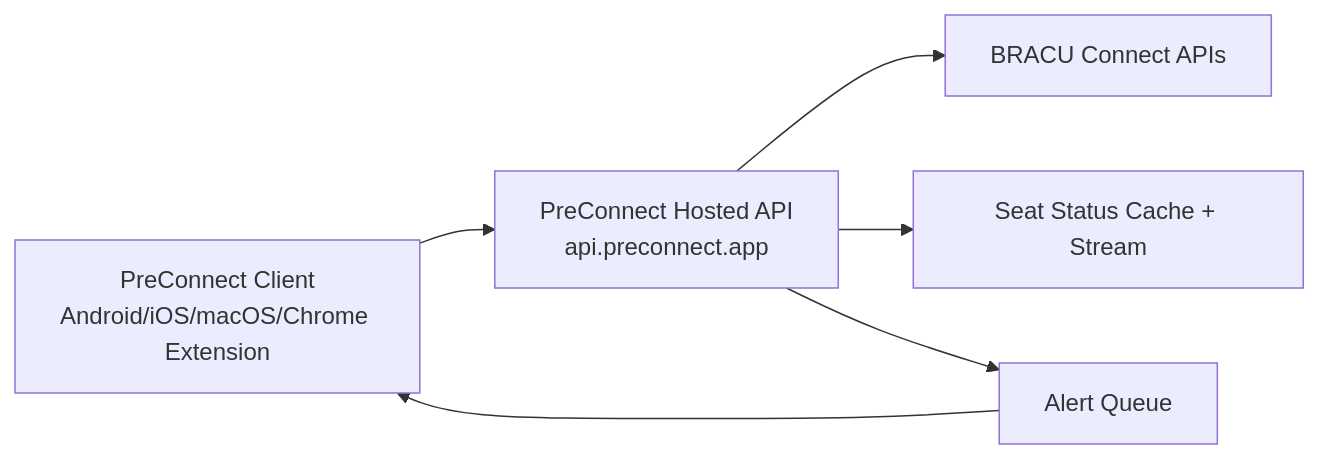
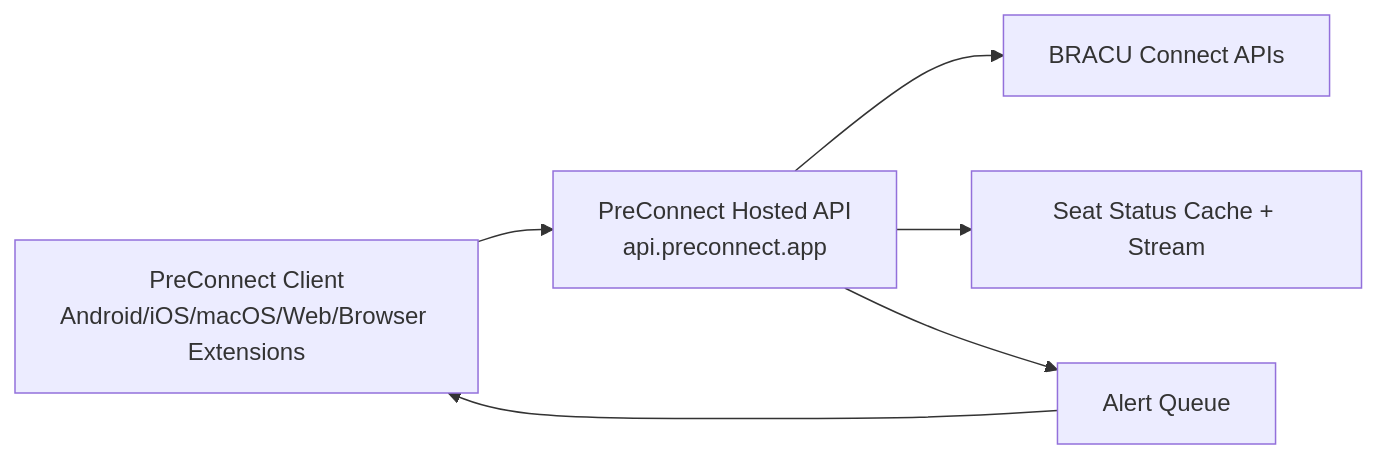
The diagram in README.md (sabbirba/preconnect), drawn with Mermaid before and after one commit. The commit also changed other lines of this file and 260 other files, not shown here.

First line of the commit message:
refactor: PreConnect across platforms

````diff
--- a/README.md
+++ b/README.md
@@ -155,8 +173,8 @@
 ```mermaid
 flowchart LR
-  A[PreConnect Client\nAndroid/iOS/macOS/Chrome Extension] --> B[PreConnect Hosted API\napi.preconnect.app]
+  A[PreConnect Client\nAndroid/iOS/macOS/Web/Browser Extensions] --> B[PreConnect Hosted API\napi.preconnect.app]
   B --> C[BRACU Connect APIs]
   B --> D[Seat Status Cache + Stream]
   B --> E[Alert Queue]
   E --> A
 ```
````
